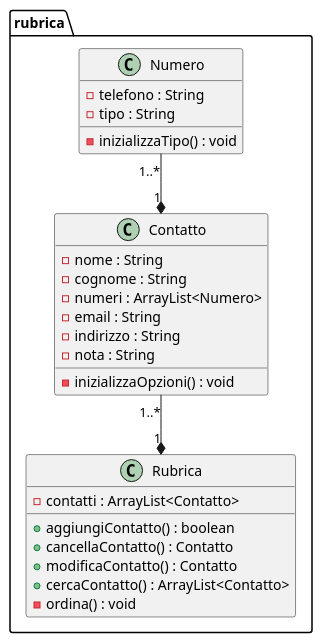
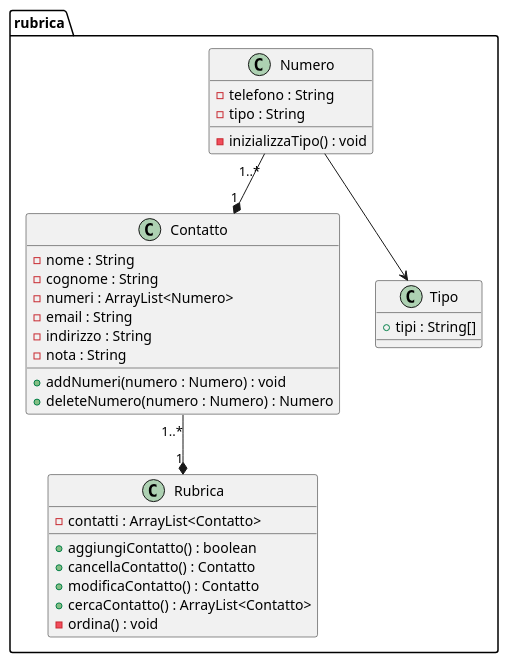
One commit to Mazzo-007/TPSI-INFO changed the diagram in Rubrica/src/Progettazione/CD.puml. Above: the diagram before and after it, drawn with PlantUML. The commit also changed 5 other files, not shown here.

```diff
--- a/Rubrica/src/Progettazione/CD.puml
+++ b/Rubrica/src/Progettazione/CD.puml
@@ -1,32 +1,36 @@
 @startuml
 package rubrica {
     class Rubrica {
         - contatti : ArrayList<Contatto>
 
         + aggiungiContatto() : boolean
         + cancellaContatto() : Contatto
         + modificaContatto() : Contatto
         + cercaContatto() : ArrayList<Contatto>
         - ordina() : void
     }
     class Contatto {
         - nome : String
         - cognome : String
         - numeri : ArrayList<Numero>
         - email : String
         - indirizzo : String
         - nota : String
 
-        - inizializzaOpzioni() : void
+        + addNumeri(numero : Numero) : void
+        + deleteNumero(numero : Numero) : Numero
     }
     class Numero {
         - telefono : String
         - tipo : String
 
         - inizializzaTipo() : void
     }
+    class Tipo {
+        + tipi : String[]
+    }
 }
-
+Numero --> Tipo
 Numero "1..*" --* "1" Contatto
 Contatto "1..*" --* "1" Rubrica
 @enduml
```
